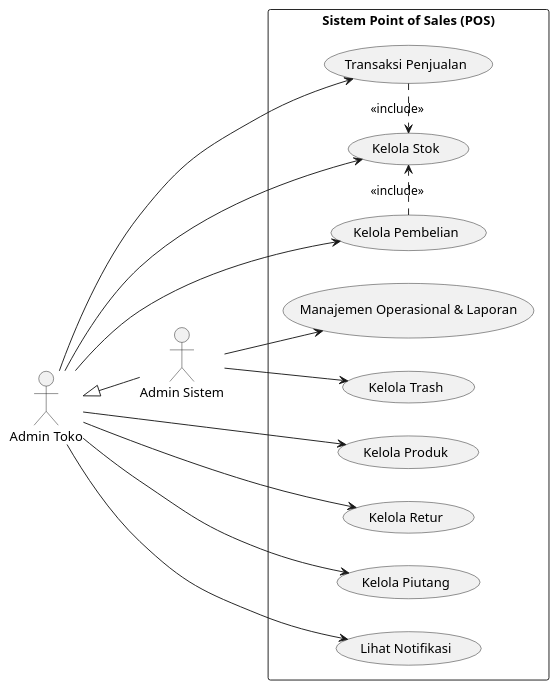
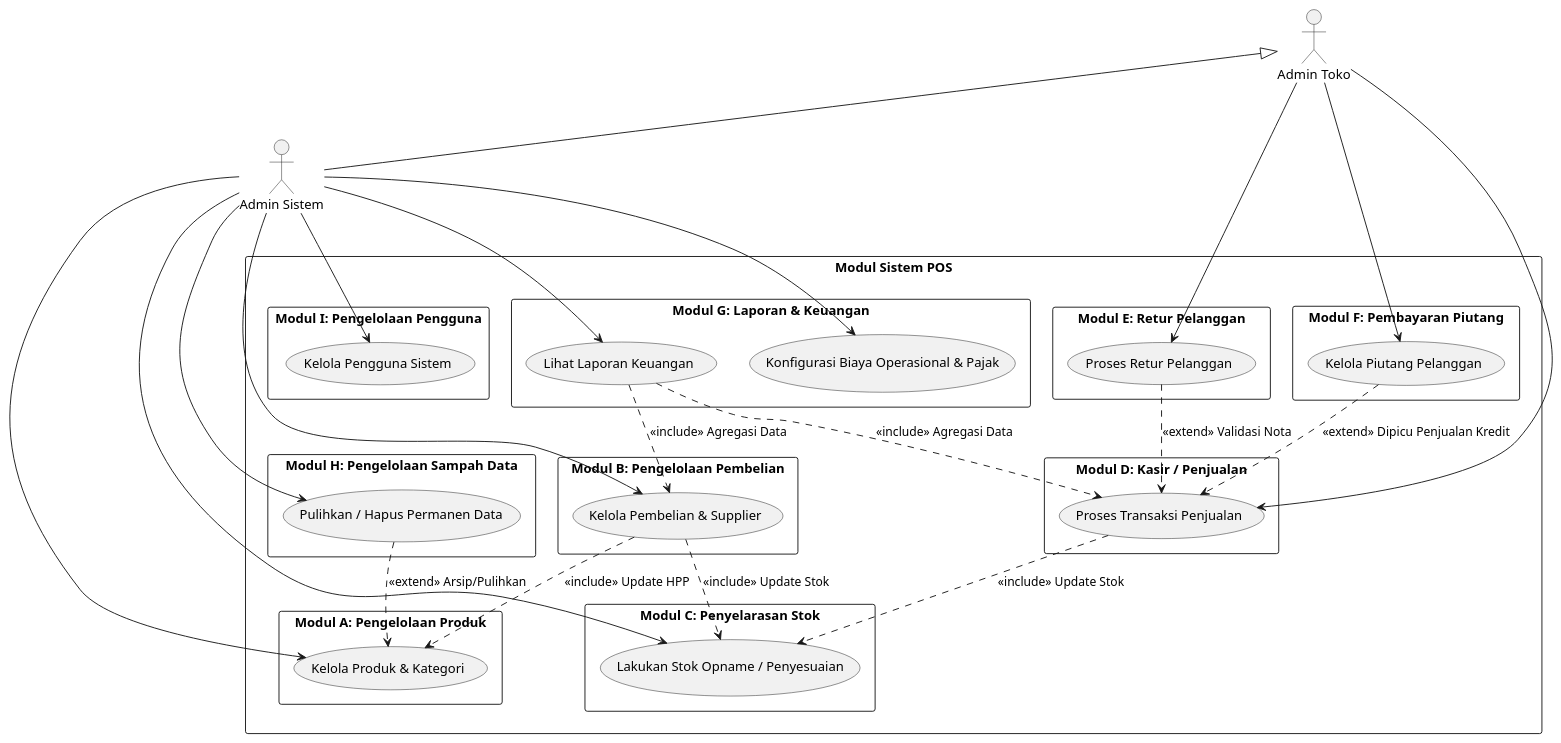
Before and after one commit to Aditiarzky/pos-app: the diagram in docs/uml-use-case.puml, drawn with PlantUML. The commit also changed 75 other files, not shown here.

Commit message:
[fix] Implement sale and return status update functionality (complete/cancel)

```diff
--- a/docs/uml-use-case.puml
+++ b/docs/uml-use-case.puml
@@ -1,40 +1,78 @@
-@startuml
-left to right direction
+@startuml POS_System_Use_Case
+top to bottom direction
 skinparam packageStyle rectangle
+skinparam shadowing false
+skinparam monochrome true
+skinparam defaultFontName "Arial"
 
-actor "Admin Toko" as AdminToko
-actor "Admin Sistem" as AdminSistem
+actor "Admin Toko" as StoreAdmin
+actor "Admin Sistem" as SystemAdmin
 
-' Admin Sistem memiliki akses ke semua fitur Admin Toko
-AdminToko <|-- AdminSistem
+' Admin Sistem memiliki semua hak akses Admin Toko + hak manajerial
+StoreAdmin <|-- SystemAdmin
 
-rectangle "Sistem Point of Sales (POS)" {
-  usecase "Kelola Produk" as UC_Produk
-  usecase "Kelola Pembelian" as UC_Pembelian
-  usecase "Kelola Stok" as UC_Stok
-  usecase "Transaksi Penjualan" as UC_Penjualan
-  usecase "Kelola Retur" as UC_Retur
-  usecase "Kelola Piutang" as UC_Piutang
-  usecase "Lihat Notifikasi" as UC_Notifikasi
-  
-  usecase "Kelola Trash" as UC_Trash
-  usecase "Manajemen Operasional & Laporan" as UC_Laporan
+rectangle "Modul Sistem POS" {
+    
+    package "Modul A: Pengelolaan Produk" {
+        usecase "Kelola Produk & Kategori" as UC_Product
+    }
+
+    package "Modul B: Pengelolaan Pembelian" {
+        usecase "Kelola Pembelian & Supplier" as UC_Purchase
+    }
+
+    package "Modul C: Penyelarasan Stok" {
+        usecase "Lakukan Stok Opname / Penyesuaian" as UC_Stock
+    }
+
+    package "Modul D: Kasir / Penjualan" {
+        usecase "Proses Transaksi Penjualan" as UC_Sale
+    }
+
+    package "Modul E: Retur Pelanggan" {
+        usecase "Proses Retur Pelanggan" as UC_Return
+    }
+
+    package "Modul F: Pembayaran Piutang" {
+        usecase "Kelola Piutang Pelanggan" as UC_Debt
+    }
+
+    package "Modul G: Laporan & Keuangan" {
+        usecase "Lihat Laporan Keuangan" as UC_Report
+        usecase "Konfigurasi Biaya Operasional & Pajak" as UC_Finance
+    }
+
+    package "Modul H: Pengelolaan Sampah Data" {
+        usecase "Pulihkan / Hapus Permanen Data" as UC_Trash
+    }
+
+    package "Modul I: Pengelolaan Pengguna" {
+        usecase "Kelola Pengguna Sistem" as UC_User
+    }
 }
 
-' Relasi Aktor ke Use Case
-AdminToko --> UC_Produk
-AdminToko --> UC_Pembelian
-AdminToko --> UC_Stok
-AdminToko --> UC_Penjualan
-AdminToko --> UC_Retur
-AdminToko --> UC_Piutang
-AdminToko --> UC_Notifikasi
+' Hak Akses Admin Toko (Operasional Garis Depan)
+StoreAdmin --> UC_Sale
+StoreAdmin --> UC_Return
+StoreAdmin --> UC_Debt
 
-AdminSistem --> UC_Trash
-AdminSistem --> UC_Laporan
+' Hak Akses Admin Sistem (Manajerial & Back-office)
+SystemAdmin --> UC_Product
+SystemAdmin --> UC_Purchase
+SystemAdmin --> UC_Stock
+SystemAdmin --> UC_Report
+SystemAdmin --> UC_Finance
+SystemAdmin --> UC_Trash
+SystemAdmin --> UC_User
 
-' Relasi antar Use Case (Opsional - maksimal 2 relasi)
-UC_Penjualan .> UC_Stok : <<include>>
-UC_Pembelian .> UC_Stok : <<include>>
+' Ketergantungan Fungsional
+UC_Sale ..> UC_Stock : <<include>> Update Stok
+UC_Purchase ..> UC_Stock : <<include>> Update Stok
+UC_Return ..> UC_Sale : <<extend>> Validasi Nota
+UC_Purchase ..> UC_Product : <<include>> Update HPP
+UC_Debt ..> UC_Sale : <<extend>> Dipicu Penjualan Kredit
+UC_Report ..> UC_Sale : <<include>> Agregasi Data
+UC_Report ..> UC_Purchase : <<include>> Agregasi Data
+UC_Trash ..> UC_Product : <<extend>> Arsip/Pulihkan
 
 @enduml
```
